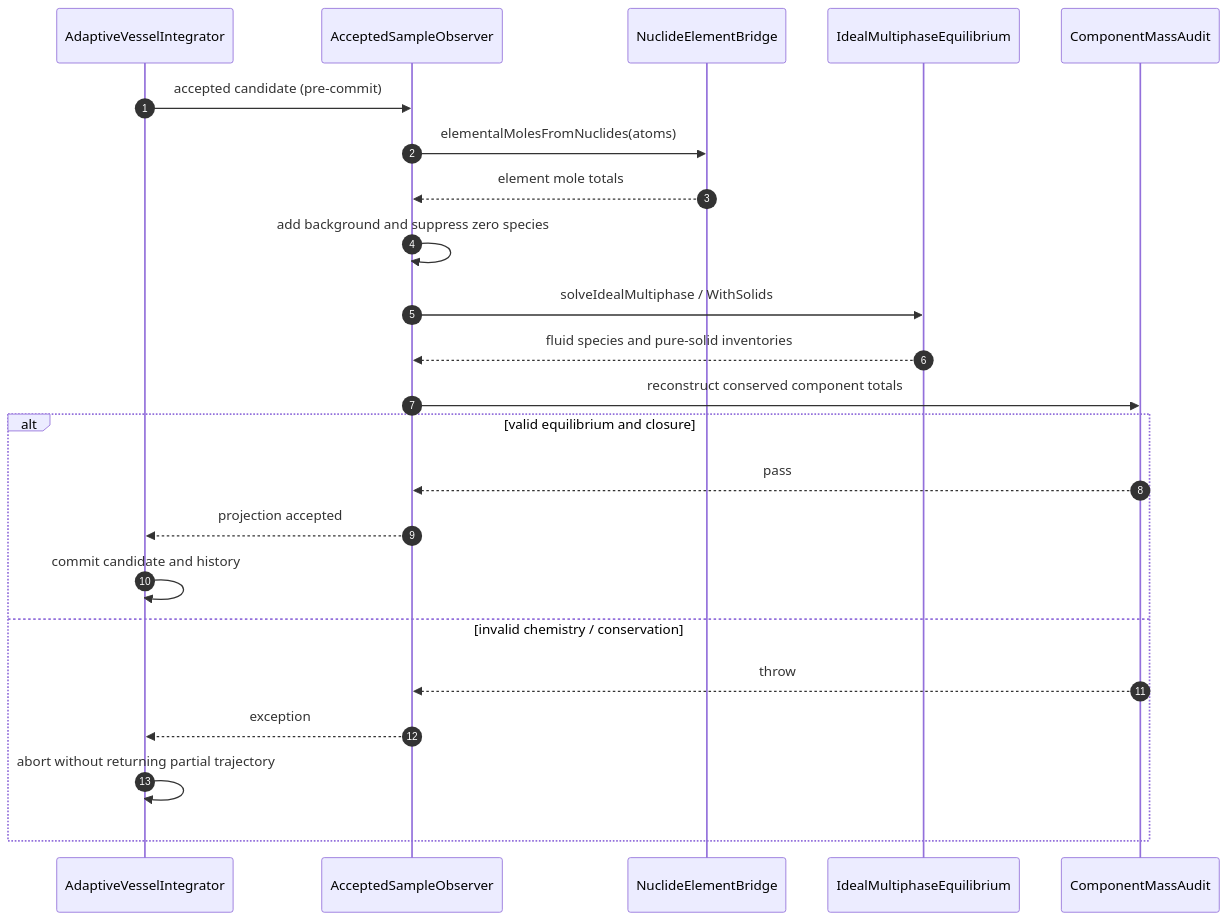
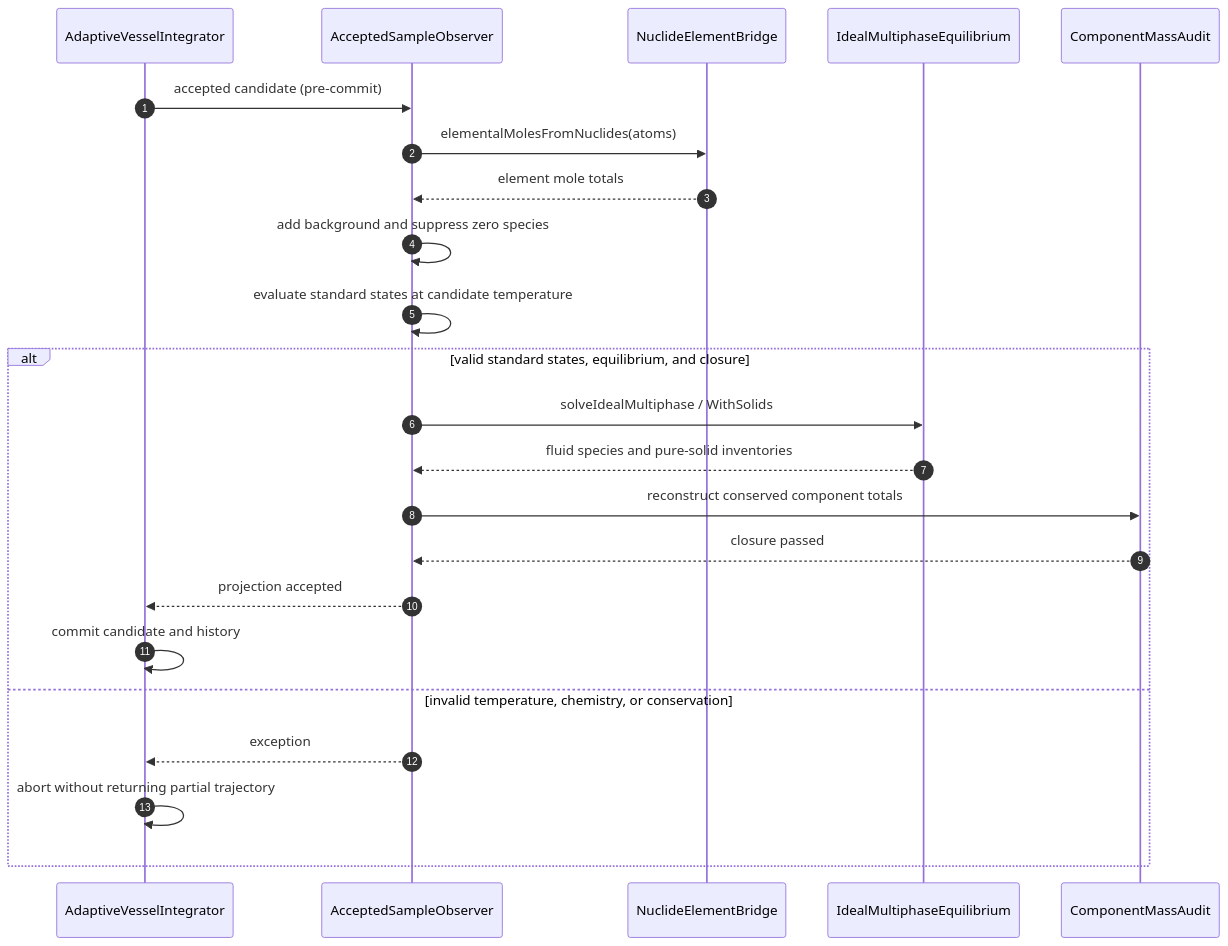
The fourth of 4 diagrams in architecture/sysml-v2/views/09-chemistry-time-coupling.md (dward239/Thermodynamics_of_Solution), drawn with Mermaid before and after one commit. The commit also changed other lines of this file and 7 other files, not shown here.

Commit message:
Evaluate chemical equilibrium at candidate vessel temperature

````diff
--- a/architecture/sysml-v2/views/09-chemistry-time-coupling.md
+++ b/architecture/sysml-v2/views/09-chemistry-time-coupling.md
@@ -66,25 +71,25 @@
 ```mermaid
 sequenceDiagram
   autonumber
   participant Adaptive as AdaptiveVesselIntegrator
   participant Callback as AcceptedSampleObserver
   participant Bridge as NuclideElementBridge
   participant Eq as IdealMultiphaseEquilibrium
   participant Audit as ComponentMassAudit
   Adaptive->>Callback: accepted candidate (pre-commit)
   Callback->>Bridge: elementalMolesFromNuclides(atoms)
   Bridge-->>Callback: element mole totals
   Callback->>Callback: add background and suppress zero species
-  Callback->>Eq: solveIdealMultiphase / WithSolids
-  Eq-->>Callback: fluid species and pure-solid inventories
-  Callback->>Audit: reconstruct conserved component totals
-  alt valid equilibrium and closure
-    Audit-->>Callback: pass
+  Callback->>Callback: evaluate standard states at candidate temperature
+  alt valid standard states, equilibrium, and closure
+    Callback->>Eq: solveIdealMultiphase / WithSolids
+    Eq-->>Callback: fluid species and pure-solid inventories
+    Callback->>Audit: reconstruct conserved component totals
+    Audit-->>Callback: closure passed
     Callback-->>Adaptive: projection accepted
     Adaptive->>Adaptive: commit candidate and history
-  else invalid chemistry / conservation
-    Audit-->>Callback: throw
+  else invalid temperature, chemistry, or conservation
     Callback-->>Adaptive: exception
     Adaptive->>Adaptive: abort without returning partial trajectory
   end
 ```
````
